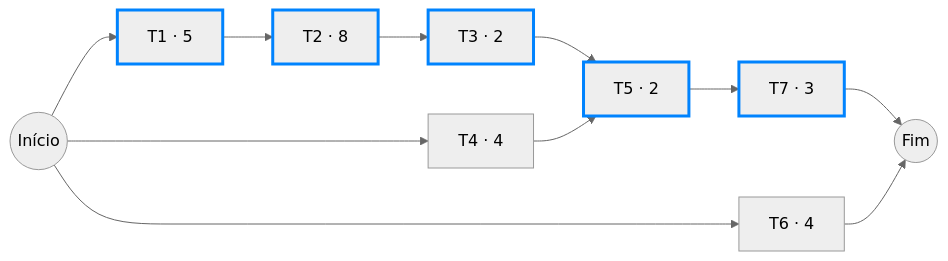
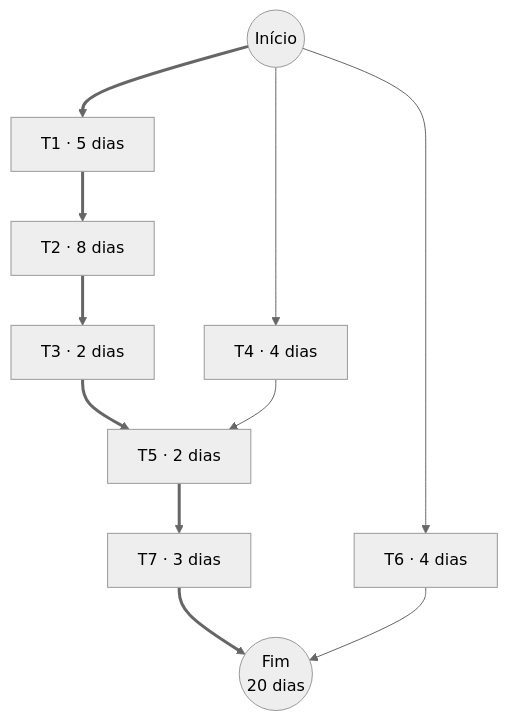
One commit to pedrotescaro/Stacklyst changed the diagram in content/enade/engenharia-de-software/gerencia-de-projetos-e-riscos.md. Above: the diagram before and after it, drawn with Mermaid (neutral theme). The commit also changed other lines of this file and 84 other files, not shown here.

Commit message:
feat(enade): redraw study library diagrams

````diff
--- a/content/enade/engenharia-de-software/gerencia-de-projetos-e-riscos.md
+++ b/content/enade/engenharia-de-software/gerencia-de-projetos-e-riscos.md
@@ -104,8 +104,10 @@
-```mermaid Rede do exemplo — caminho crítico em destaque
-flowchart LR
-  I((Início)) --> T1[T1 · 5] --> T2[T2 · 8] --> T3[T3 · 2] --> T5[T5 · 2] --> T7[T7 · 3] --> F((Fim))
-  I --> T4[T4 · 4] --> T5
-  I --> T6[T6 · 4] --> F
-  classDef crit stroke:#0083fe,stroke-width:3px
-  class T1,T2,T3,T5,T7 crit
+```mermaid Rede CPM do exemplo
+flowchart TD
+  Inicio((Início)) --> T1["T1 · 5 dias"] --> T2["T2 · 8 dias"] --> T3["T3 · 2 dias"]
+  Inicio --> T4["T4 · 4 dias"]
+  T3 --> T5["T5 · 2 dias"]
+  T4 --> T5
+  T5 --> T7["T7 · 3 dias"] --> Fim(("Fim<br/>20 dias"))
+  Inicio --> T6["T6 · 4 dias"] --> Fim
+  linkStyle 0,1,2,4,6,7 stroke-width:3px
 ```
````
